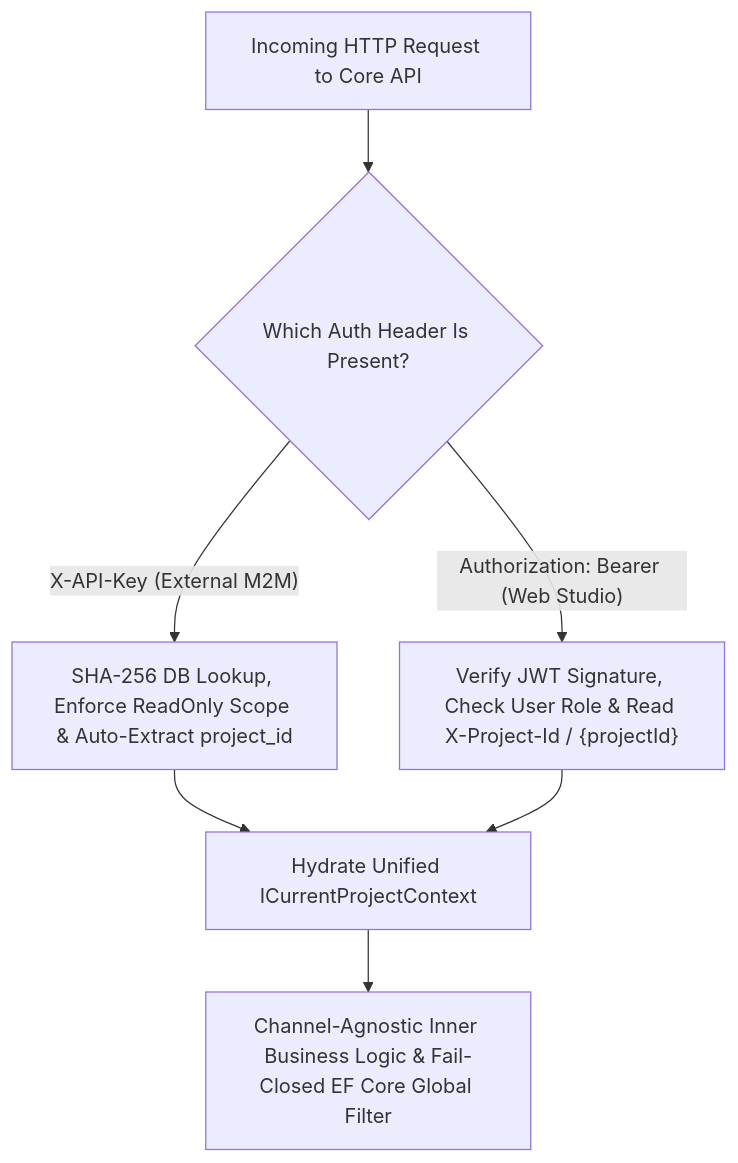
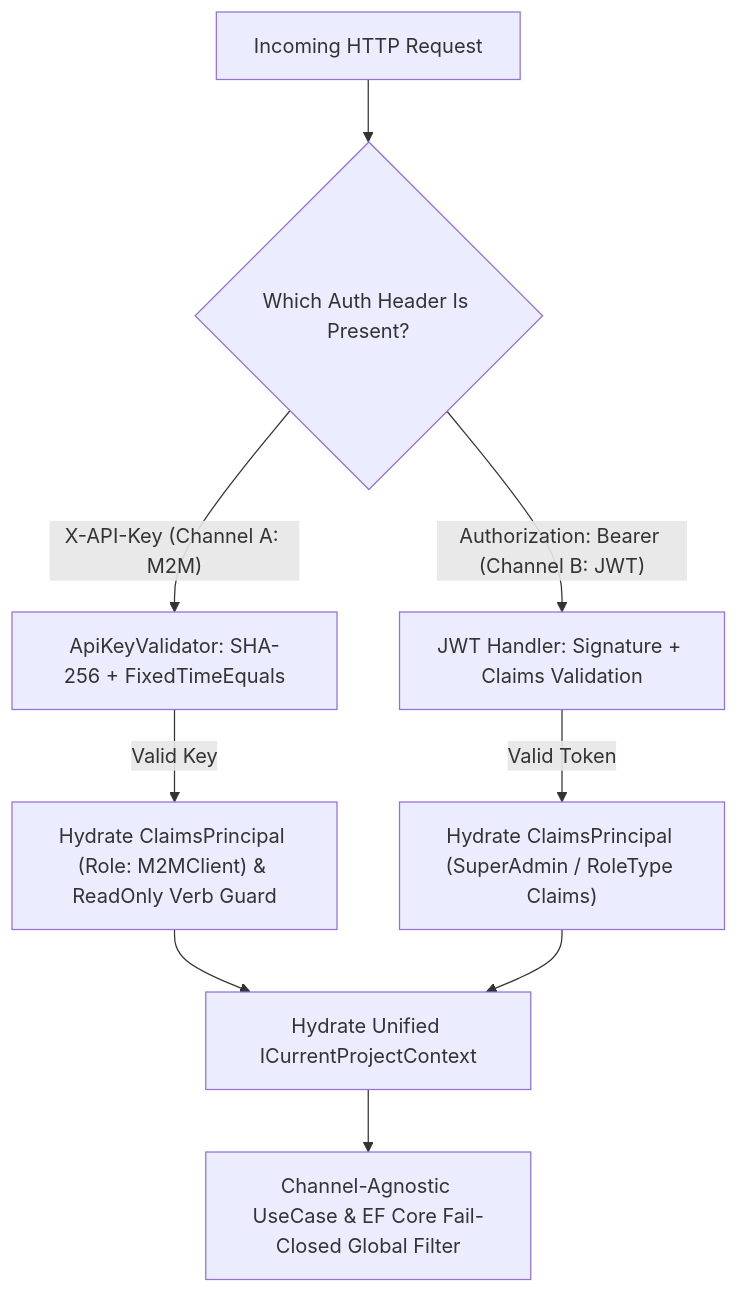
Before and after one commit to suang05/doc_template: the diagram in docs/AI/03_specialized_mechanics/multi_tenant_security_pipeline.md, drawn with Mermaid. The commit also changed other lines of this file and 18 other files, not shown here.

````diff
--- a/docs/AI/03_specialized_mechanics/multi_tenant_security_pipeline.md
+++ b/docs/AI/03_specialized_mechanics/multi_tenant_security_pipeline.md
@@ -93,9 +96,11 @@
 ```mermaid
 graph TD
-    Request["Incoming HTTP Request to Core API"] --> AuthCheck{"Which Auth Header Is Present?"}
-    AuthCheck -->|"X-API-Key (External M2M)"| ChannelA["SHA-256 DB Lookup, Enforce ReadOnly Scope & Auto-Extract project_id"]
-    AuthCheck -->|"Authorization: Bearer (Web Studio)"| ChannelB["Verify JWT Signature, Check User Role & Read X-Project-Id / {projectId}"]
-    ChannelA --> Context["Hydrate Unified ICurrentProjectContext"]
-    ChannelB --> Context
-    Context --> Inner["Channel-Agnostic Inner Business Logic & Fail-Closed EF Core Global Filter"]
+    Request["Incoming HTTP Request"] --> AuthCheck{"Which Auth Header Is Present?"}
+    AuthCheck -->|"X-API-Key (Channel A: M2M)"| ChannelA["ApiKeyValidator: SHA-256 + FixedTimeEquals"]
+    AuthCheck -->|"Authorization: Bearer (Channel B: JWT)"| ChannelB["JWT Handler: Signature + Claims Validation"]
+    ChannelA -->|"Valid Key"| M2MHydrate["Hydrate ClaimsPrincipal (Role: M2MClient) & ReadOnly Verb Guard"]
+    ChannelB -->|"Valid Token"| JWTHydrate["Hydrate ClaimsPrincipal (SuperAdmin / RoleType Claims)"]
+    M2MHydrate --> Context["Hydrate Unified ICurrentProjectContext"]
+    JWTHydrate --> Context
+    Context --> Inner["Channel-Agnostic UseCase & EF Core Fail-Closed Global Filter"]
 ```
````
